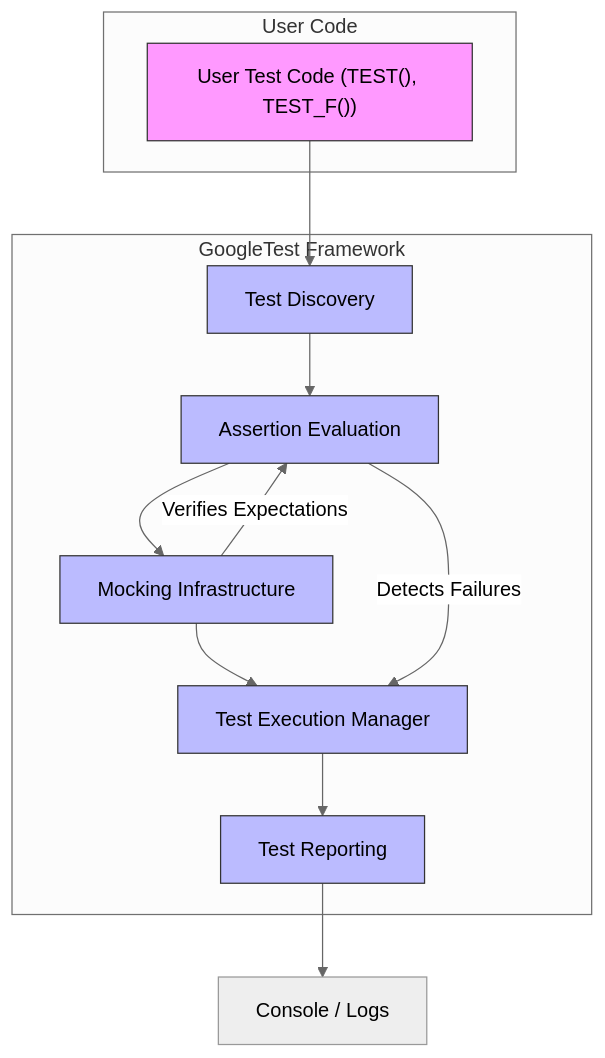
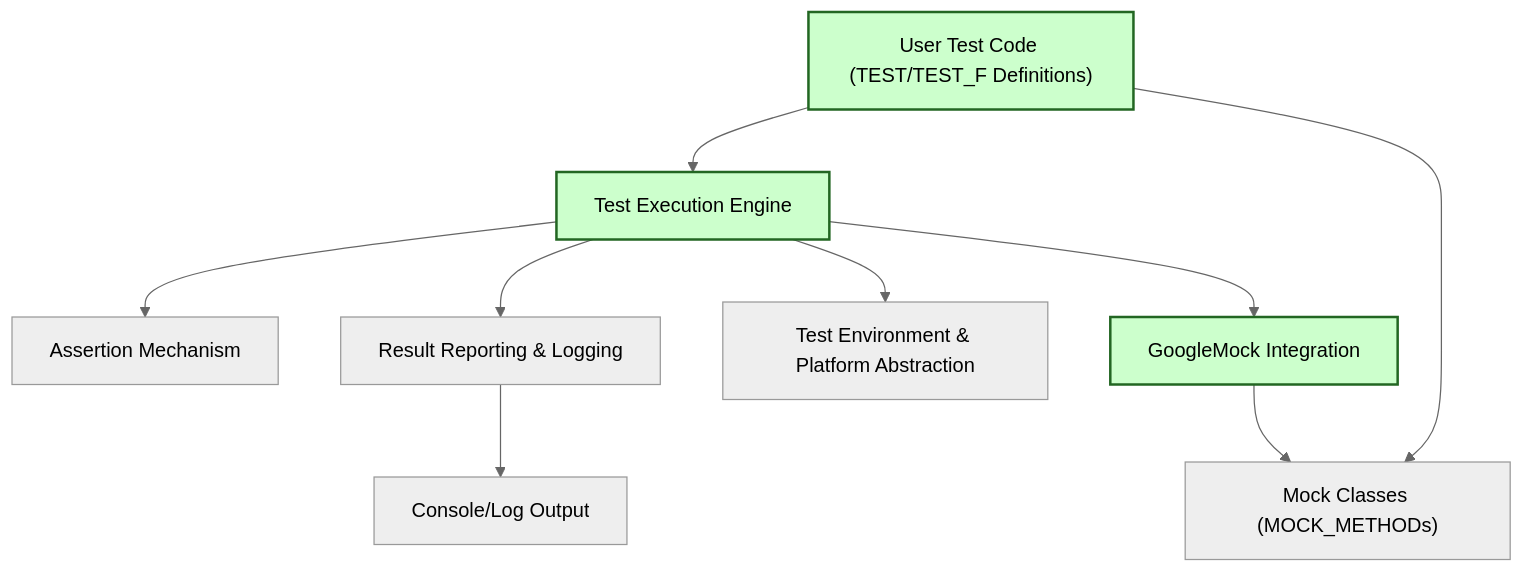
The diagram in overview/architecture-features-integration/architecture-overview.mdx (clidey/docucod-public-project-869ef7c3-7eff-4ad2-9765-2698303f14d7), drawn with Mermaid (neutral theme) before and after one commit. The commit also changed other lines of this file and 54 other files, not shown here.

````diff
--- a/overview/architecture-features-integration/architecture-overview.mdx
+++ b/overview/architecture-features-integration/architecture-overview.mdx
@@ -46,27 +50,21 @@
 ```mermaid
 flowchart TD
 
-  subgraph User Code
-    UTests["User Test Code (TEST(), TEST_F())"]
-  end
+  UserCode["User Test Code (TEST/TEST_F Definitions)"] --> TestRunner["Test Execution Engine"]
+  TestRunner --> AssertionModule["Assertion Mechanism"]
+  TestRunner --> ResultReporter["Result Reporting & Logging"]
+  TestRunner --> PlatformLayer["Test Environment & Platform Abstraction"]
+  TestRunner --> GoogleMock["GoogleMock Integration"]
 
-  subgraph GoogleTest Framework
-    TD[Test Discovery] --> AE[Assertion Evaluation]
-    AE --> MI[Mocking Infrastructure]
-    MI --> TE[Test Execution Manager]
-    TE --> TR[Test Reporting]
-  end
+  GoogleMock --> MockClasses["Mock Classes (MOCK_METHODs)"]
+  UserCode --> MockClasses
 
-  UTests --> TD
-  TR --> UOutput["Console / Logs"]
+  ResultReporter --> ConsoleOutput["Console/Log Output"]
 
-  %% Interactions
-  MI --> |Verifies Expectations| AE
-  AE --> |Detects Failures| TE
+  click TestRunner "/overview/core-architecture/test-lifecycle" "Open Test Lifecycle"
+  click GoogleMock "/concepts/core-architecture/mocking-concepts" "Learn about Mocking"
 
-  classDef userCode fill:#f9f,stroke:#333,stroke-width:1px;
-  classDef framework fill:#bbf,stroke:#333,stroke-width:1px;
+  classDef core fill:#cfc,stroke:#262,stroke-width:2px
+  class UserCode,TestRunner,GoogleMock core
 
-  class UTests userCode;
-  class TD,AE,MI,TE,TR framework;
-```
+``` 
````
